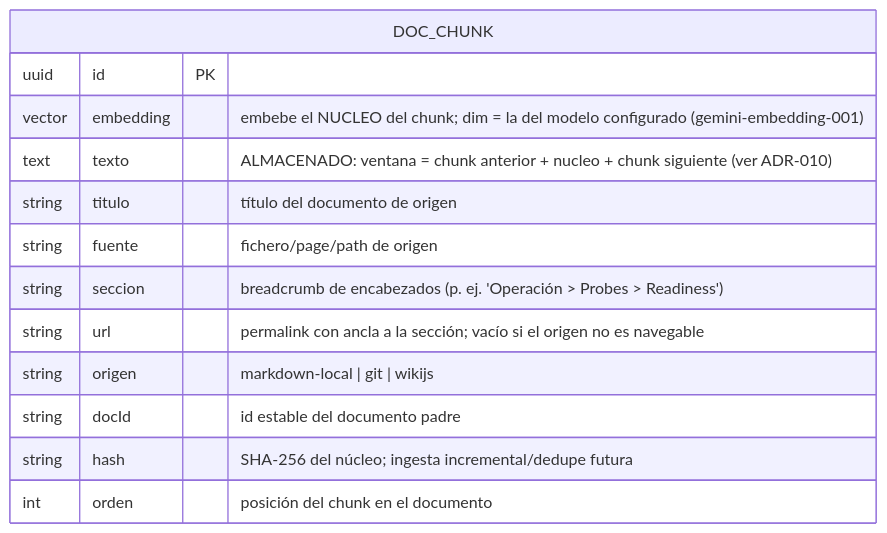
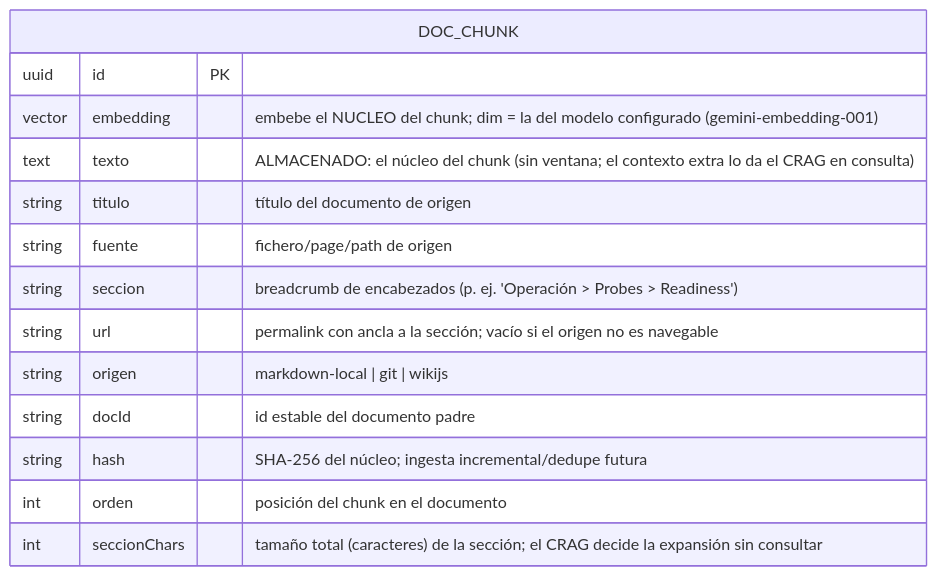
One commit to mikel0ne/ai-platform-portfolio changed the diagram in autoops/docs/arquitectura/05-contratos-api-datos.md. Above: the diagram before and after it, drawn with Mermaid. The commit also changed other lines of this file and 4 other files, not shown here.

````diff
--- a/autoops/docs/arquitectura/05-contratos-api-datos.md
+++ b/autoops/docs/arquitectura/05-contratos-api-datos.md
@@ -127,16 +127,17 @@
 ```mermaid
 erDiagram
     DOC_CHUNK {
         uuid   id PK
         vector embedding "embebe el NUCLEO del chunk; dim = la del modelo configurado (gemini-embedding-001)"
-        text   texto "ALMACENADO: ventana = chunk anterior + nucleo + chunk siguiente (ver ADR-010)"
+        text   texto "ALMACENADO: el núcleo del chunk (sin ventana; el contexto extra lo da el CRAG en consulta)"
         string titulo "título del documento de origen"
         string fuente "fichero/page/path de origen"
         string seccion "breadcrumb de encabezados (p. ej. 'Operación > Probes > Readiness')"
         string url "permalink con ancla a la sección; vacío si el origen no es navegable"
         string origen "markdown-local | git | wikijs"
         string docId "id estable del documento padre"
         string hash "SHA-256 del núcleo; ingesta incremental/dedupe futura"
         int    orden "posición del chunk en el documento"
+        int    seccionChars "tamaño total (caracteres) de la sección; el CRAG decide la expansión sin consultar"
     }
 ```
````
